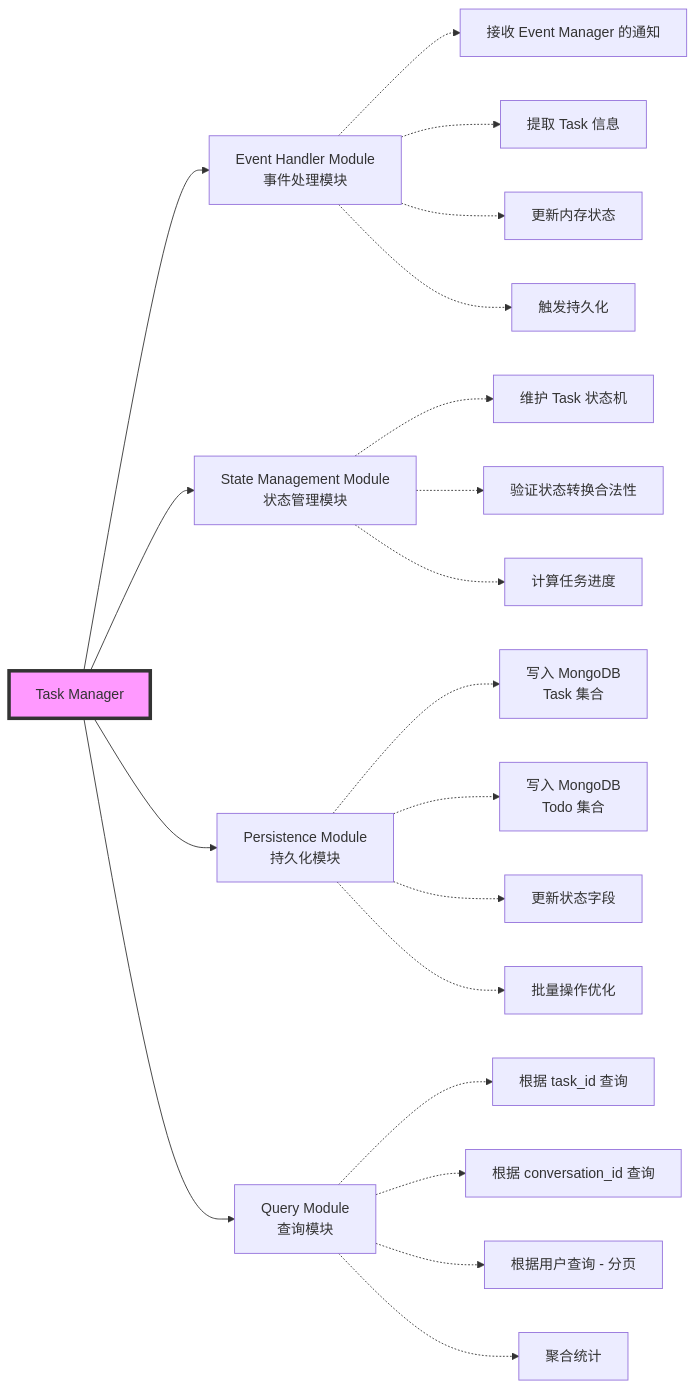
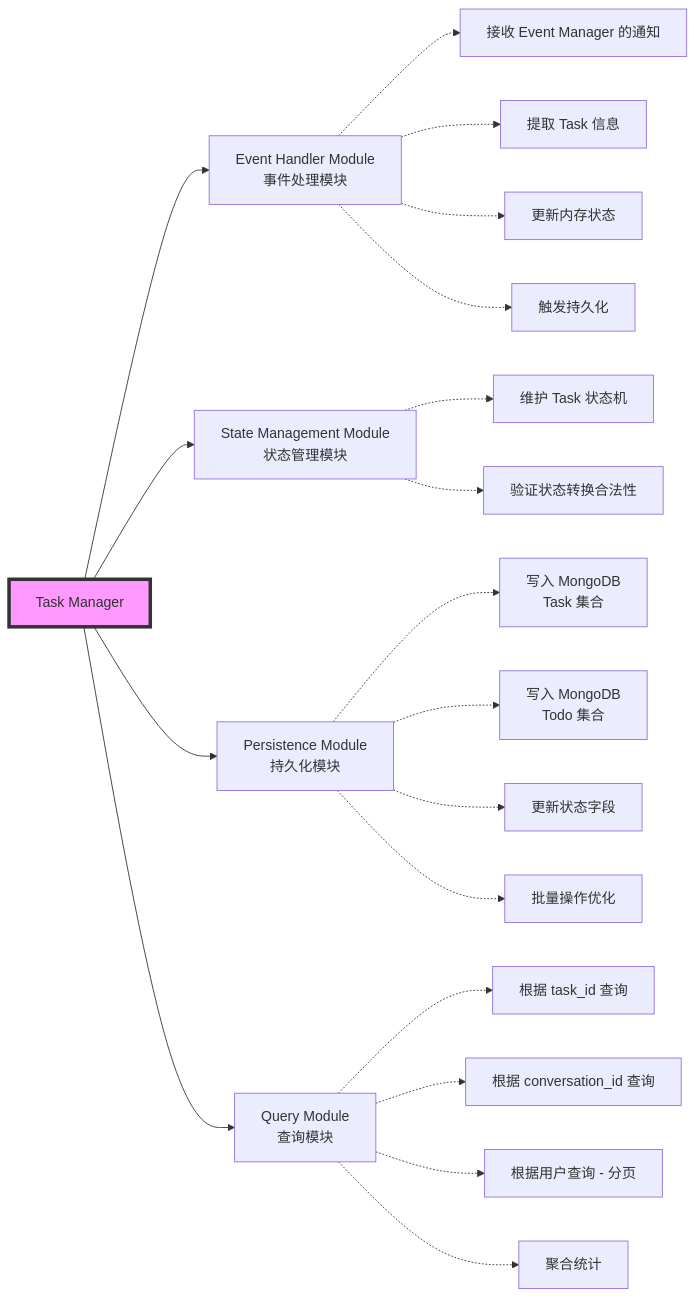
Before and after one commit to yingjianzh/iodraw-files: the diagram in all/未命名-10.md, drawn with Mermaid.

Commit message:
2025-12-24 18:02:51 update

````diff
--- a/all/未命名-10.md
+++ b/all/未命名-10.md
@@ -1,31 +1,29 @@
 ```mermaid
 graph LR
     TM[Task Manager]
     
     TM --> EHM[Event Handler Module<br/>事件处理模块]
     TM --> SMM[State Management Module<br/>状态管理模块]
     TM --> PM[Persistence Module<br/>持久化模块]
     TM --> QM[Query Module<br/>查询模块]
     
     EHM -.-> EHM1[接收 Event Manager 的通知]
     EHM -.-> EHM2[提取 Task 信息]
     EHM -.-> EHM3[更新内存状态]
     EHM -.-> EHM4[触发持久化]
     
     SMM -.-> SMM1[维护 Task 状态机]
- 
     SMM -.-> SMM3[验证状态转换合法性]
-    SMM -.-> SMM4[计算任务进度]
     
     PM -.-> PM1[写入 MongoDB<br/>Task 集合]
     PM -.-> PM2[写入 MongoDB<br/>Todo 集合]
     PM -.-> PM3[更新状态字段]
     PM -.-> PM4[批量操作优化]
     
     QM -.-> QM1[根据 task_id 查询]
     QM -.-> QM2[根据 conversation_id 查询]
     QM -.-> QM3[根据用户查询 - 分页]
     QM -.-> QM4[聚合统计]
     
     style TM fill:#f9f,stroke:#333,stroke-width:4px
 ```
````
